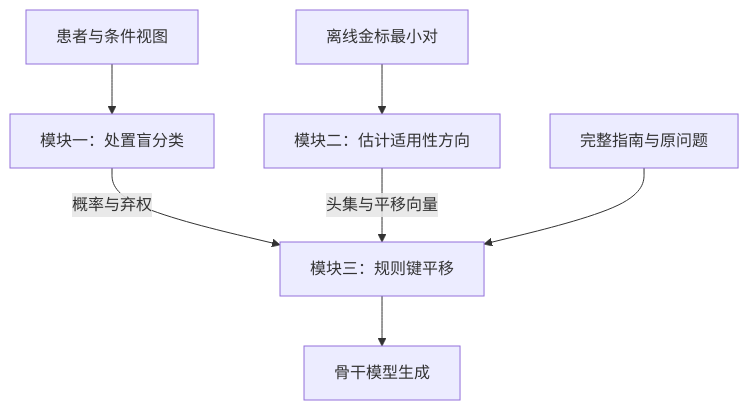
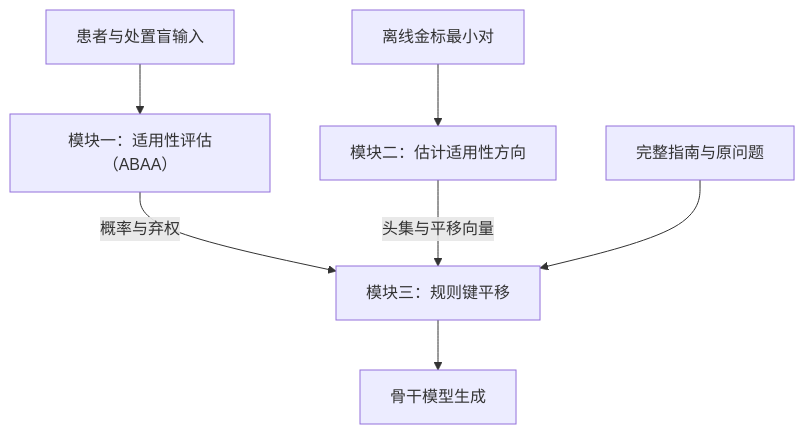
Before and after one commit to chunxi-alpc/TRIAGE: the diagram in docs/ASTER/manuscript.zh.md, drawn with Mermaid. The commit also changed other lines of this file and 8 other files, not shown here.

````diff
--- a/docs/ASTER/manuscript.zh.md
+++ b/docs/ASTER/manuscript.zh.md
@@ -185,9 +191,9 @@
 ```mermaid
 flowchart TD
-  P["患者与条件视图"] --> M1["模块一：处置盲分类"]
+  P["患者与处置盲输入"] --> M1["模块一：适用性评估（ABAA）"]
   D["离线金标最小对"] --> M2["模块二：估计适用性方向"]
   M1 -->|"概率与弃权"| M3["模块三：规则键平移"]
   M2 -->|"头集与平移向量"| M3
   G["完整指南与原问题"] --> M3
   M3 --> Y["骨干模型生成"]
 ```
````
